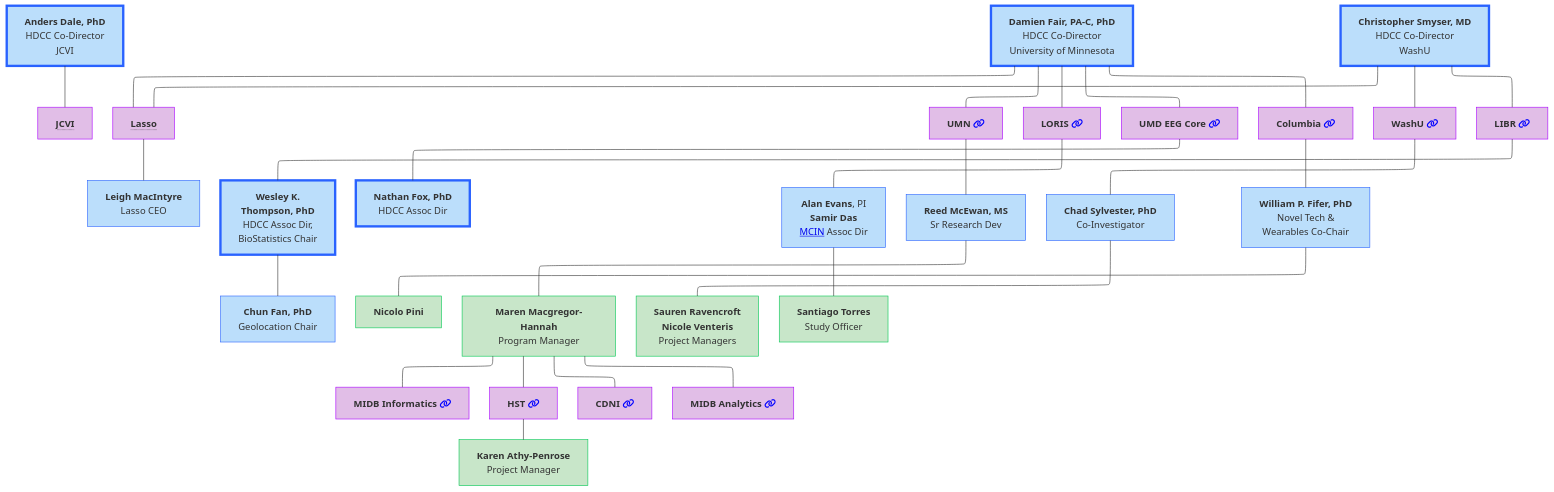
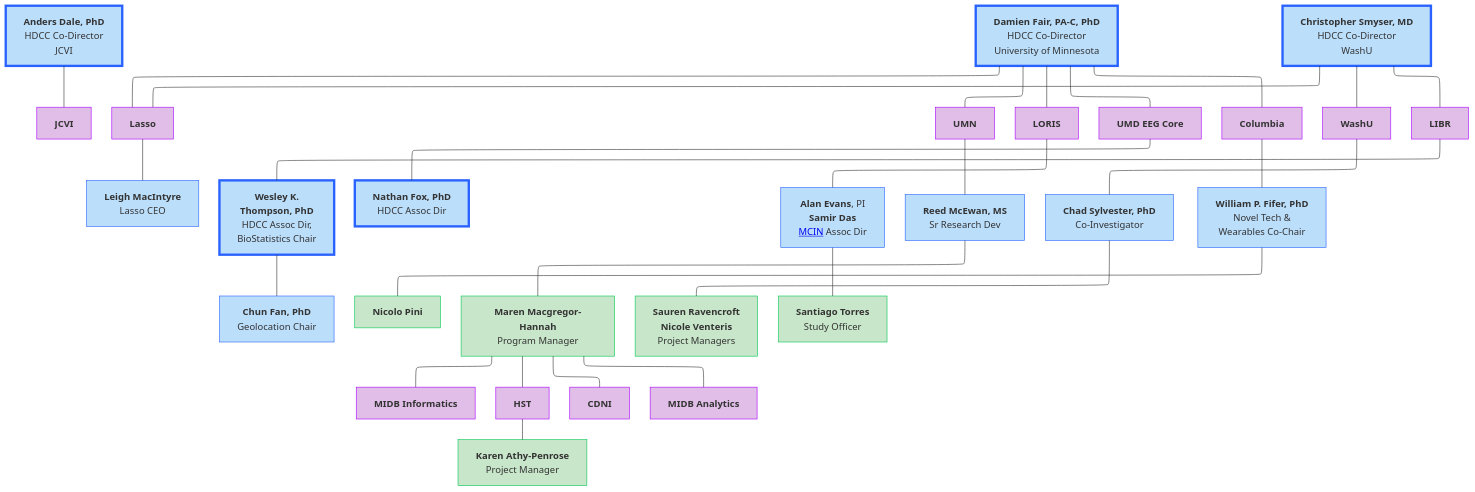
The first of 12 diagrams in docs/orgcharts.md (DCAN-Labs/hbcd-docs-internal), drawn with Mermaid before and after one commit.

Commit message:
remove link icons from overview diagram

````diff
--- a/docs/orgcharts.md
+++ b/docs/orgcharts.md
@@ -17,67 +17,67 @@
 ```mermaid
 ---
 config:
   layout: elk
 ---
 flowchart TB
-    n2["<b>Anders Dale, PhD<br></b>HDCC Co-Director<br>JCVI"] --- jcvi["<b style="border-bottom: 1px dotted;">JCVI</b>"]
-    E["<b>Damien Fair, PA-C, PhD</b><br>HDCC Co-Director<br>University of Minnesota"] --- lasso["<b style="border-bottom: 1px dotted;">Lasso</b>"] & umn["<b>UMN</b> <i class="fa-solid fa-link" style="color: blue;"></i>"] & n7["<b>LORIS</b> <i class="fa-solid fa-link" style="color: blue;"></i>"] & n8["<b>UMD EEG Core</b> <i class="fa-solid fa-link" style="color: blue;"></i>"] & n11["<b>Columbia</b> <i class="fa-solid fa-link" style="color: blue;"></i>"]
+    n2["<b>Anders Dale, PhD<br></b>HDCC Co-Director<br>JCVI"] --- jcvi["<b>JCVI</b>"]
+    E["<b>Damien Fair, PA-C, PhD</b><br>HDCC Co-Director<br>University of Minnesota"] --- lasso["<b>Lasso</b>"] & umn["<b>UMN</b>"] & n7["<b>LORIS</b>"] & n8["<b>UMD EEG Core</b>"] & n11["<b>Columbia</b>"]
     lasso --- lasso1["<b>Leigh MacIntyre</b><br>Lasso CEO"]
-    n1["<b>Christopher Smyser, MD<br></b>HDCC Co-Director<br>WashU"] --- n10["<b>WashU</b> <i class="fa-solid fa-link" style="color: blue;"></i>"] & n12["<b>LIBR</b> <i class="fa-solid fa-link" style="color: blue;"></i>"] & lasso
+    n1["<b>Christopher Smyser, MD<br></b>HDCC Co-Director<br>WashU"] --- n10["<b>WashU</b>"] & n12["<b>LIBR</b>"] & lasso
     n16["<b>Wesley K.<br>Thompson, PhD</b><br>HDCC Assoc Dir,<br>BioStatistics Chair"] --- n17["<b>Chun Fan, PhD</b><br>Geolocation Chair"]
     n12 --- n16
     n8 --- n19["<b>Nathan Fox, PhD<br></b>HDCC Assoc Dir"]
     n7 --- n20["<b>Alan Evans</b>, PI<br><b>Samir Das</b><br><a href="https://mcin.ca/about-mcin/" target="_blank">MCIN</a> Assoc Dir"]
     umn --- reed["<b>Reed McEwan, MS</b><br>Sr Research Dev"]
     n10 --- n22["<b>Chad Sylvester, PhD</b><br>Co-Investigator"]
     n11 --- n18["<b>William P. Fifer, PhD</b><br>Novel Tech &<br>Wearables Co-Chair"]
     n18 --- n34["<b>Nicolo Pini</b>"]
     reed --- n30["<b>Maren Macgregor-Hannah</b><br>Program Manager"]
-    n30 --- n25["<b>MIDB Informatics</b> <i class="fa-solid fa-link" style="color: blue;"></i>"]
-    n30 --- n27["<b>HST</b> <i class="fa-solid fa-link" style="color: blue;"></i>"]
-    n30 --- n28["<b>CDNI</b> <i class="fa-solid fa-link" style="color: blue;"></i>"]
-    n30 --- n29["<b>MIDB Analytics</b> <i class="fa-solid fa-link" style="color: blue;"></i>"]
+    n30 --- n25["<b>MIDB Informatics</b>"]
+    n30 --- n27["<b>HST</b>"]
+    n30 --- n28["<b>CDNI</b>"]
+    n30 --- n29["<b>MIDB Analytics</b>"]
     n27 --- n31["<b>Karen Athy-Penrose</b><br>Project Manager"]
     n22 --- n32["<b>Sauren Ravencroft<br>Nicole Venteris</b><br>Project Managers"]
     n20 --- n33["<b>Santiago Torres</b><br>Study Officer"]
     style n2 fill:#BBDEFB,stroke:#2962FF,stroke-width:4px
     style jcvi fill:#E1BEE7,stroke:#AA00FF
     style E fill:#BBDEFB,stroke:#2962FF,stroke-width:4px
     style lasso fill:#E1BEE7,stroke:#AA00FF
     style umn fill:#E1BEE7,stroke:#AA00FF
     style n7 fill:#E1BEE7,stroke:#AA00FF
     style n8 fill:#E1BEE7,stroke:#AA00FF
     style n11 fill:#E1BEE7,stroke:#AA00FF
     style lasso1 fill:#BBDEFB,stroke:#2962FF
     style n1 fill:#BBDEFB,stroke:#2962FF,stroke-width:4px
     style n10 fill:#E1BEE7,stroke:#AA00FF
     style n12 fill:#E1BEE7,stroke:#AA00FF
     style n16 fill:#BBDEFB,stroke:#2962FF,stroke-width:4px
     style n17 fill:#BBDEFB,stroke:#2962FF
     style n19 fill:#BBDEFB,stroke:#2962FF,stroke-width:4px
     style n20 fill:#BBDEFB,stroke:#2962FF
     style reed fill:#BBDEFB,stroke:#2962FF
     style n22 fill:#BBDEFB,stroke:#2962FF
     style n18 fill:#BBDEFB,stroke:#2962FF
     style n25 fill:#E1BEE7,stroke:#AA00FF
     style n27 fill:#E1BEE7,stroke:#AA00FF
     style n28 fill:#E1BEE7,stroke:#AA00FF
     style n29 fill:#E1BEE7,stroke:#AA00FF
     style n30 fill:#C8E6C9,stroke:#00C853
     style n31 fill:#C8E6C9,stroke:#00C853
     style n32 fill:#C8E6C9,stroke:#00C853
     style n33 fill:#C8E6C9,stroke:#00C853
     style n34 fill:#C8E6C9,stroke:#00C853
     click jcvi "#j-craig-venter-institute"
     click lasso "#lasso"
     click umn "#university-of-minnesota"
     click n7 "#loris"
     click n8 "#university-of-maryland"
     click n10 "#washu"
     click n25 "#midb-informatics-hub-msi"
     click n29 "#midb-analytics-hub"
     click n27 "#health-sciences-technology"
     click n28 "#center-for-developmental-neuroimaging"
     click n12 "#libr"
     click n11 "#columbia-university"
 ```
````
